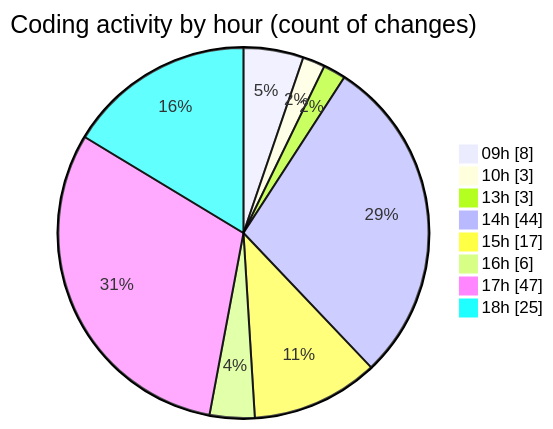
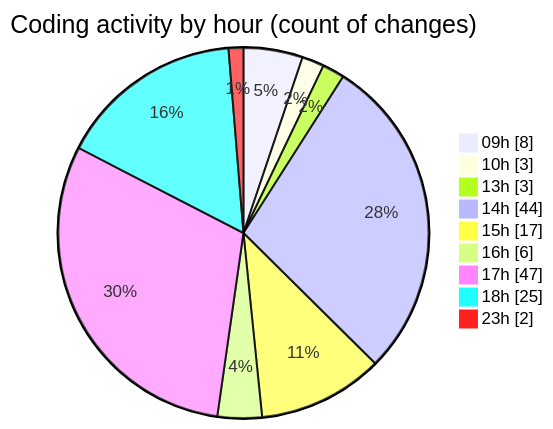
One commit to momahboobian/code-tracking changed the second of 2 diagrams in 2026-04-09/cda/README.md. Above: the diagram before and after it, drawn with Mermaid. The commit also changed other lines of this file and 1 other file, not shown here.

````diff
--- a/2026-04-09/cda/README.md
+++ b/2026-04-09/cda/README.md
@@ -44,12 +44,13 @@
 ```mermaid
 pie showData
 title Coding activity by hour (count of changes)
 "09h" : 8
 "10h" : 3
 "13h" : 3
 "14h" : 44
 "15h" : 17
 "16h" : 6
 "17h" : 47
 "18h" : 25
+"23h" : 2
 ```
````
